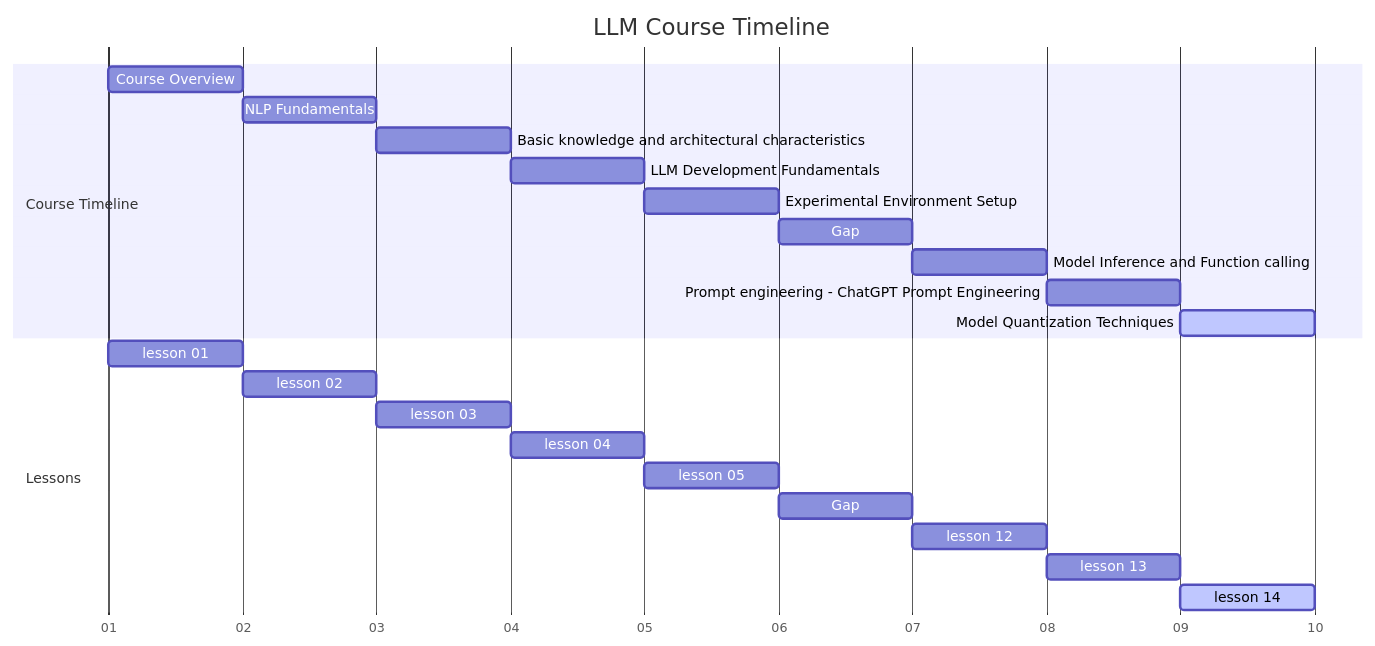
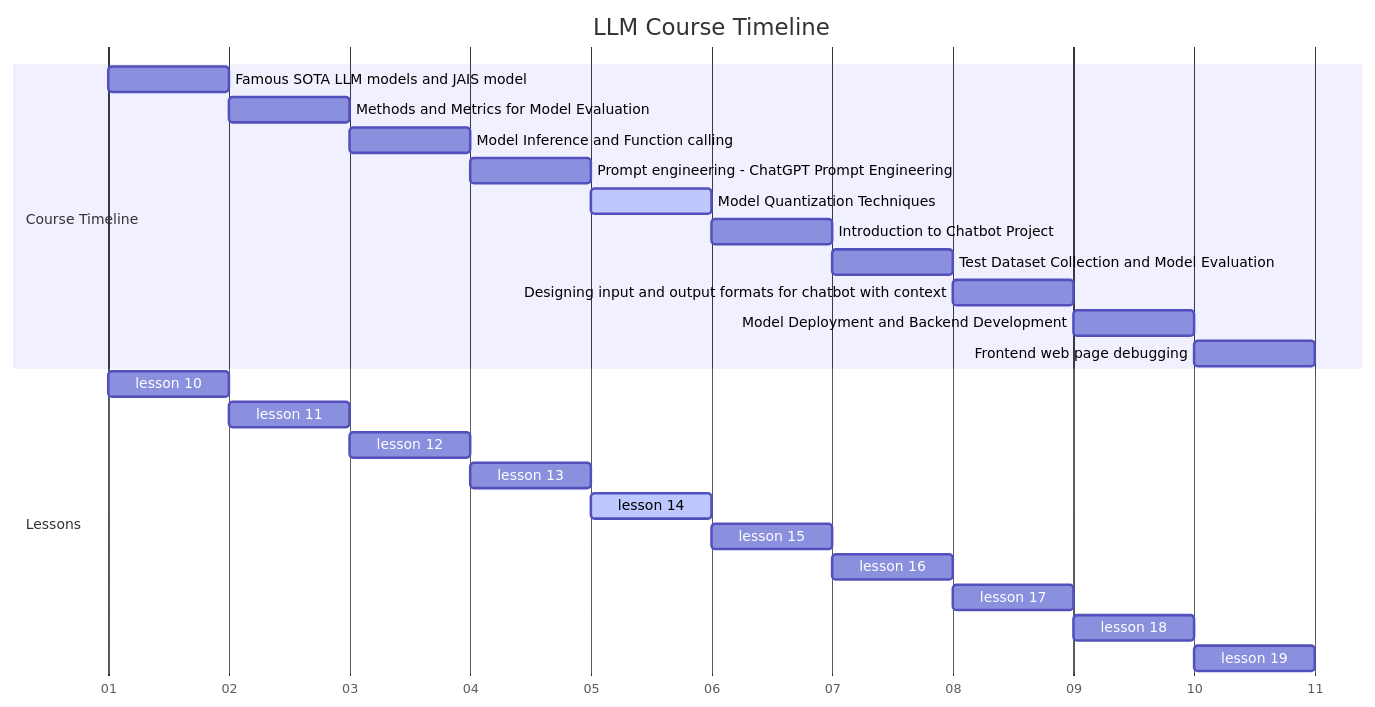
One commit to chenxingqiang/llm-course-chen changed the first of 2 diagrams in notebooks/md/lesson_14_Model_Quantization_Techniques.md. Above: the diagram before and after it, drawn with Mermaid. The commit also changed other lines of this file and 12 other files, not shown here.

````diff
--- a/notebooks/md/lesson_14_Model_Quantization_Techniques.md
+++ b/notebooks/md/lesson_14_Model_Quantization_Techniques.md
@@ -3,26 +3,28 @@
 ```mermaid
 gantt
     title LLM Course Timeline
     dateFormat X
     axisFormat %d
     section Course Timeline
-    Course Overview                                     :a1, 0, 1d
-    NLP Fundamentals                                    :a2, after a1, 1d
-    Basic knowledge and architectural characteristics   :a3, after a2, 1d
-    LLM Development Fundamentals                        :a4, after a3, 1d
-    Experimental Environment Setup                      :a5, after a4, 1d
-    Gap                                                 :a6, after a5, 1d
-    Model Inference and Function calling                :a12, after a6, 1d
-    Prompt engineering - ChatGPT Prompt Engineering     :a13, after a12, 1d
-    Model Quantization Techniques                       :active,a14, after a13, 1d
+    Famous SOTA LLM models and JAIS model              :a10, 0, 1d
+    Methods and Metrics for Model Evaluation           :a11, after a10, 1d
+    Model Inference and Function calling               :a12, after a11, 1d
+    Prompt engineering - ChatGPT Prompt Engineering    :a13, after a12, 1d
+    Model Quantization Techniques                      :active,a14, after a13, 1d
+    Introduction to Chatbot Project                    :a15, after a14, 1d
+    Test Dataset Collection and Model Evaluation       :a16, after a15, 1d
+    Designing input and output formats for chatbot with context :a17, after a16, 1d
+    Model Deployment and Backend Development           :a18, after a17, 1d
+    Frontend web page debugging                        :a19, after a18, 1d
     section Lessons
-    lesson 01 :l1, 0, 1d
-    lesson 02 :l2, after l1, 1d
-    lesson 03 :l3, after l2, 1d
-    lesson 04 :l4, after l3, 1d
-    lesson 05 :l5, after l4, 1d
-    Gap       :l6, after l5, 1d
-    lesson 12 :l12, after l6, 1d
+    lesson 10 :l10, 0, 1d
+    lesson 11 :l11, after l10, 1d
+    lesson 12 :l12, after l11, 1d
     lesson 13 :l13, after l12, 1d
     lesson 14 :active,l14, after l13, 1d
+    lesson 15 :l15, after l14, 1d
+    lesson 16 :l16, after l15, 1d
+    lesson 17 :l17, after l16, 1d
+    lesson 18 :l18, after l17, 1d
+    lesson 19 :l19, after l18, 1d
 ```
````
